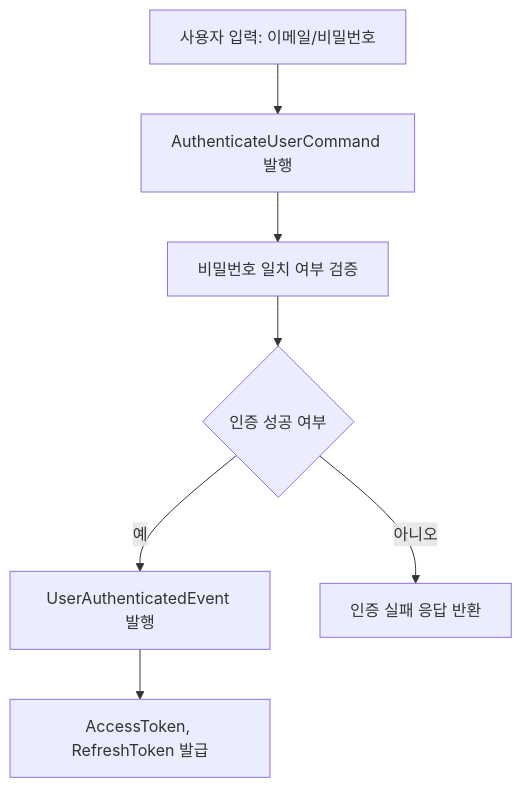
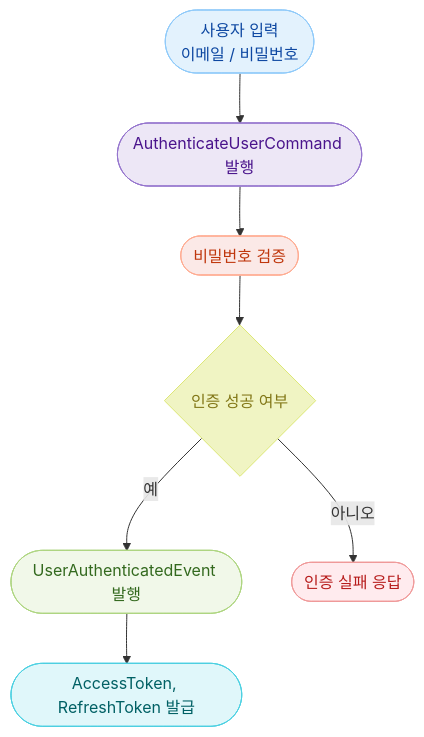
Before and after one commit to geoncheollee/msa-ecommerce-platform: the second of 3 diagrams in user-service/docs/user-domain-language.md, drawn with Mermaid. The commit also changed other lines of this file, not shown here.

````diff
--- a/user-service/docs/user-domain-language.md
+++ b/user-service/docs/user-domain-language.md
@@ -175,9 +149,22 @@
 ```mermaid
 flowchart TD
-    A[사용자 입력: 이메일/비밀번호] --> B[AuthenticateUserCommand 발행]
-    B --> C[비밀번호 일치 여부 검증]
-    C --> D{인증 성공 여부}
-    D -- 예 --> E[UserAuthenticatedEvent 발행]
-    E --> F[AccessToken, RefreshToken 발급]
-    D -- 아니오 --> G[인증 실패 응답 반환]
+    A([사용자 입력<br/>이메일 / 비밀번호]):::input
+    B([AuthenticateUserCommand 발행]):::command
+    C([비밀번호 검증]):::service
+    D{인증 성공 여부}:::decision
+    E([UserAuthenticatedEvent 발행]):::event
+    F([AccessToken, RefreshToken 발급]):::token
+    G([인증 실패 응답]):::error
+
+    A --> B --> C --> D
+    D -- 예 --> E --> F
+    D -- 아니오 --> G
+
+    classDef input fill:#e3f2fd,stroke:#90caf9,color:#0d47a1;
+    classDef command fill:#ede7f6,stroke:#9575cd,color:#4a148c;
+    classDef service fill:#fbe9e7,stroke:#ffab91,color:#bf360c;
+    classDef decision fill:#f0f4c3,stroke:#dce775,color:#827717;
+    classDef event fill:#f1f8e9,stroke:#aed581,color:#33691e;
+    classDef token fill:#e0f7fa,stroke:#4dd0e1,color:#006064;
+    classDef error fill:#ffebee,stroke:#ef9a9a,color:#b71c1c;
 ```
````
